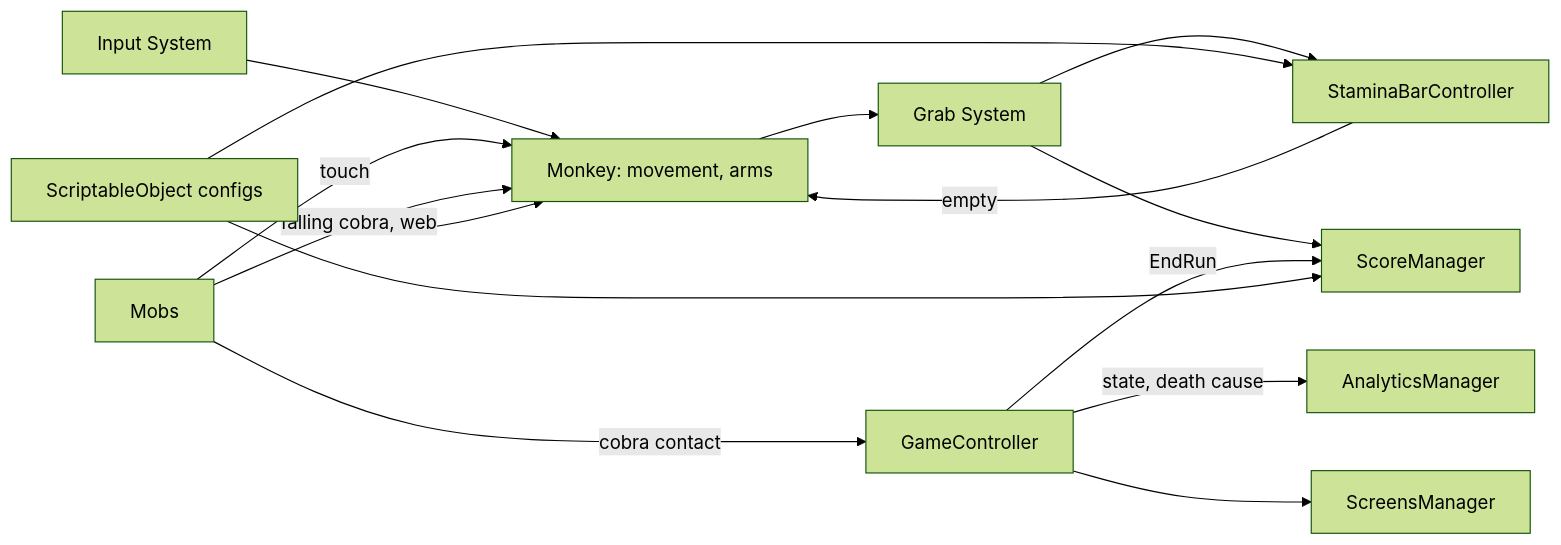
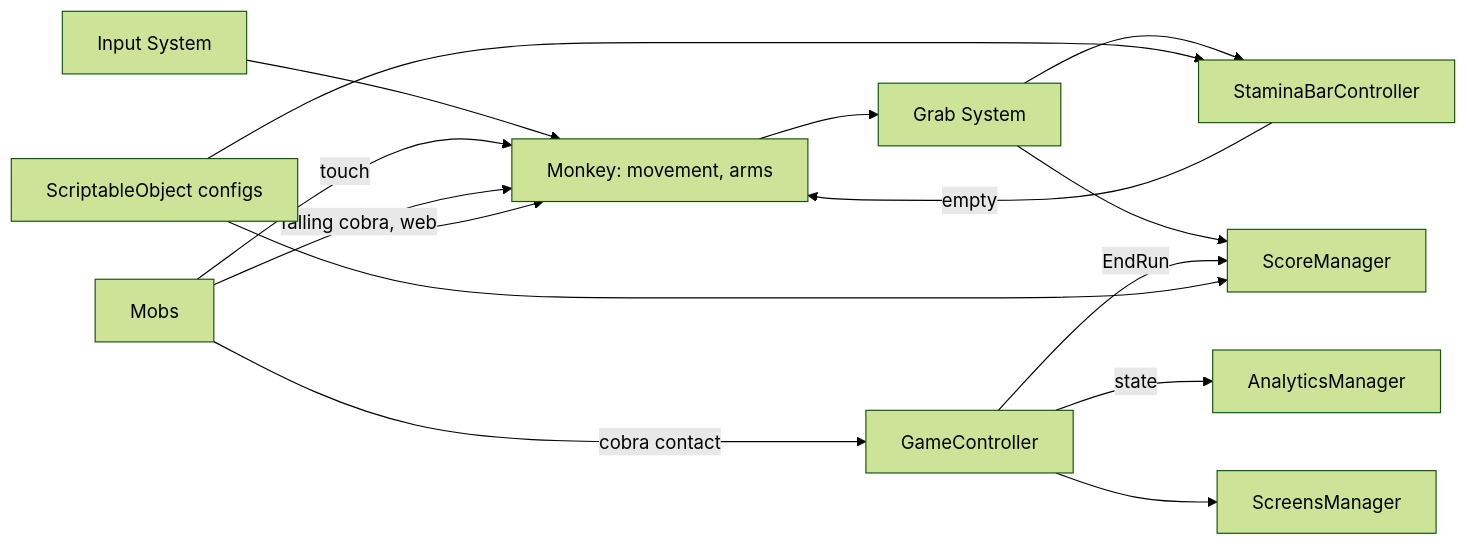
The first of 2 diagrams in docs/monkobra-tdd.md (CSCI-526/Team4-Lu_Lu), drawn with Mermaid (forest theme) before and after one commit. The commit also changed other lines of this file and 2 other files, not shown here.

Commit message:
move death-cause tracking from GameController into analytics
`LoseGame()` drops its `DeathCause` param; new `DeathCauseResolver`
infers cause from recent stamps (branch/web w/i window, else cobra)
tuning moves into new `AnalyticsConfig` ScriptableObject
docs updated across CONTEXT, mob-doc, monkobra-tdd to match

🤖`CONTEXT.md` remove `LastDeathCause` from `Game` event, infer it from analytics data instead
📖`mob-doc.md` update Cobra doc to reflect GameController.LoseGame() signature change
📖`monkobra-tdd.md` simplify LoseGame sig, move DeathCause logic to AnalyticsManager

````diff
--- a/docs/monkobra-tdd.md
+++ b/docs/monkobra-tdd.md
@@ -44,17 +44,17 @@
 ```mermaid
 graph LR
   Input[Input System] --> Monkey[Monkey: movement, arms]
   Monkey --> Grab[Grab System]
   Grab --> Stamina[StaminaBarController]
   Grab --> Score[ScoreManager]
   Mobs[Mobs] -->|touch| Monkey
   Mobs -->|cobra contact| Game[GameController]
   Stamina -->|empty| Monkey
   Mobs -->|falling cobra, web| Monkey
-  Game -->|state, death cause| Analytics[AnalyticsManager]
+  Game -->|state| Analytics[AnalyticsManager]
   Game --> Screens[ScreensManager]
   Game -->|EndRun| Score
   Config[ScriptableObject configs] --> Monkey
   Config --> Stamina
   Config --> Score
 ```
````
